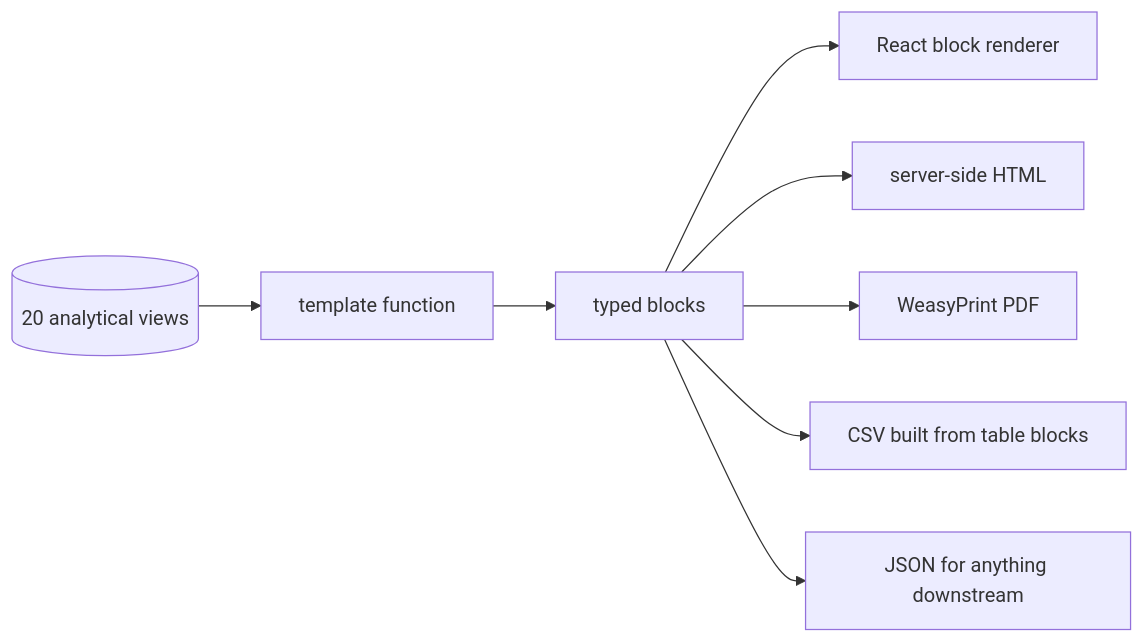
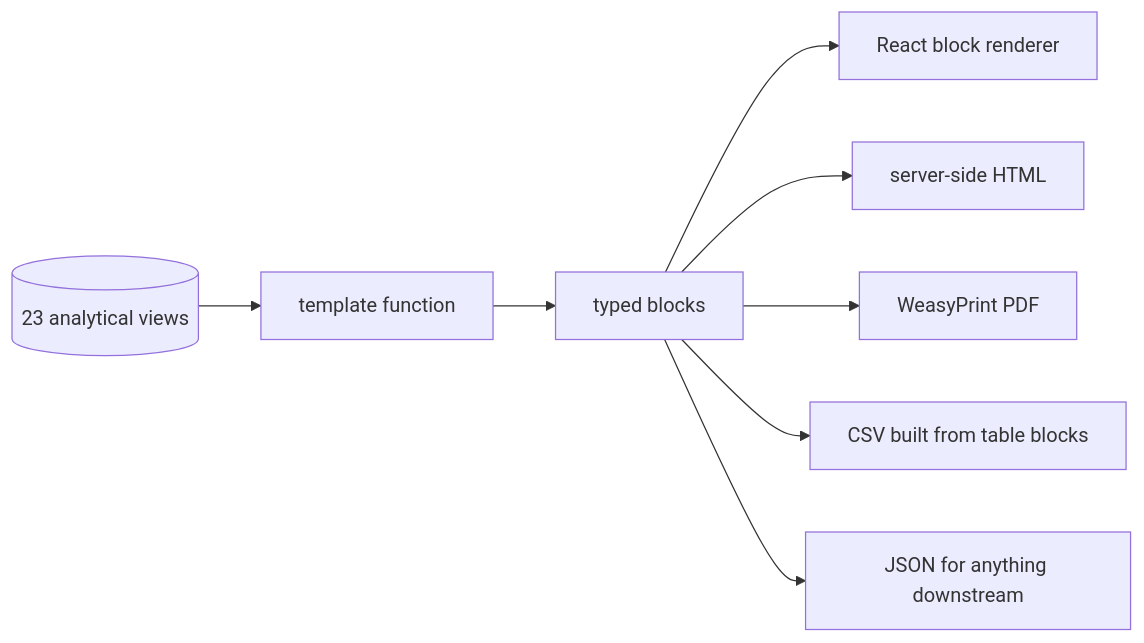
The first of 2 diagrams in docs/27_reporting_and_document_generation.md (Ahmedbakr78/Web-to-Warehouse-Product-Intelligence-Pipeline), drawn with Mermaid before and after one commit. The commit also changed 92 other files, not shown here.

````diff
--- a/docs/27_reporting_and_document_generation.md
+++ b/docs/27_reporting_and_document_generation.md
@@ -21,10 +21,10 @@
 ```mermaid
 flowchart LR
-  views[(20 analytical views)] --> template[template function]
+  views[(23 analytical views)] --> template[template function]
   template --> blocks[typed blocks]
   blocks --> screen[React block renderer]
   blocks --> html[server-side HTML]
   blocks --> pdf[WeasyPrint PDF]
   blocks --> csv[CSV built from table blocks]
   blocks --> json[JSON for anything downstream]
 ```
````
